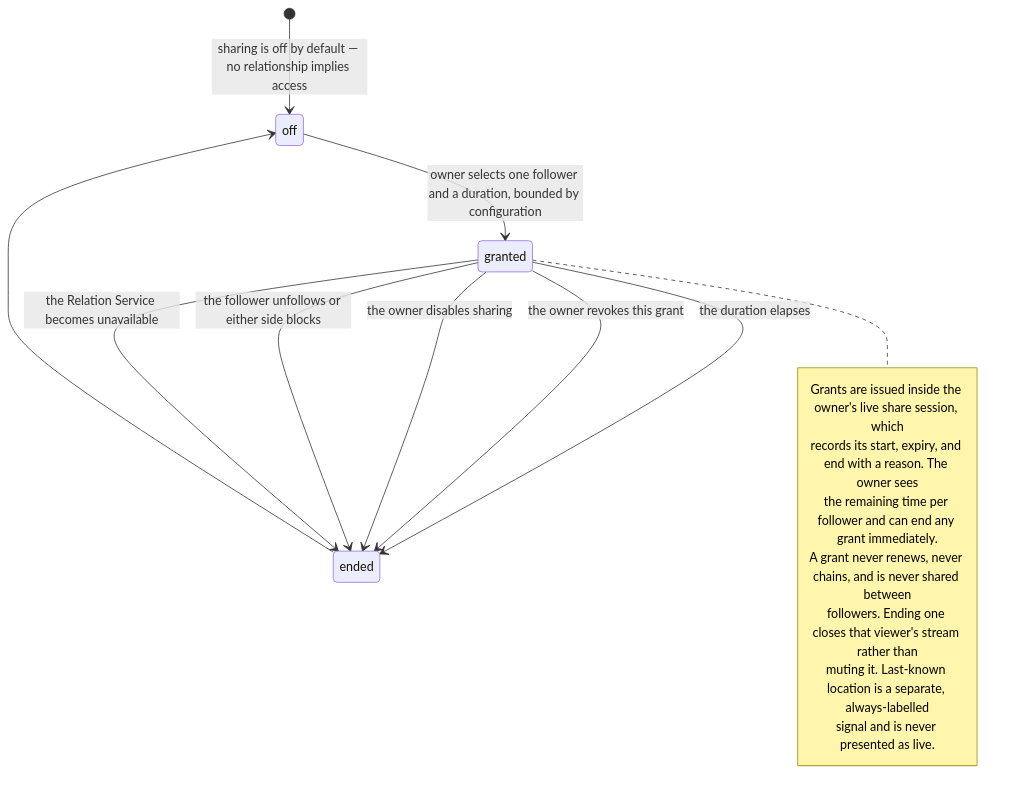
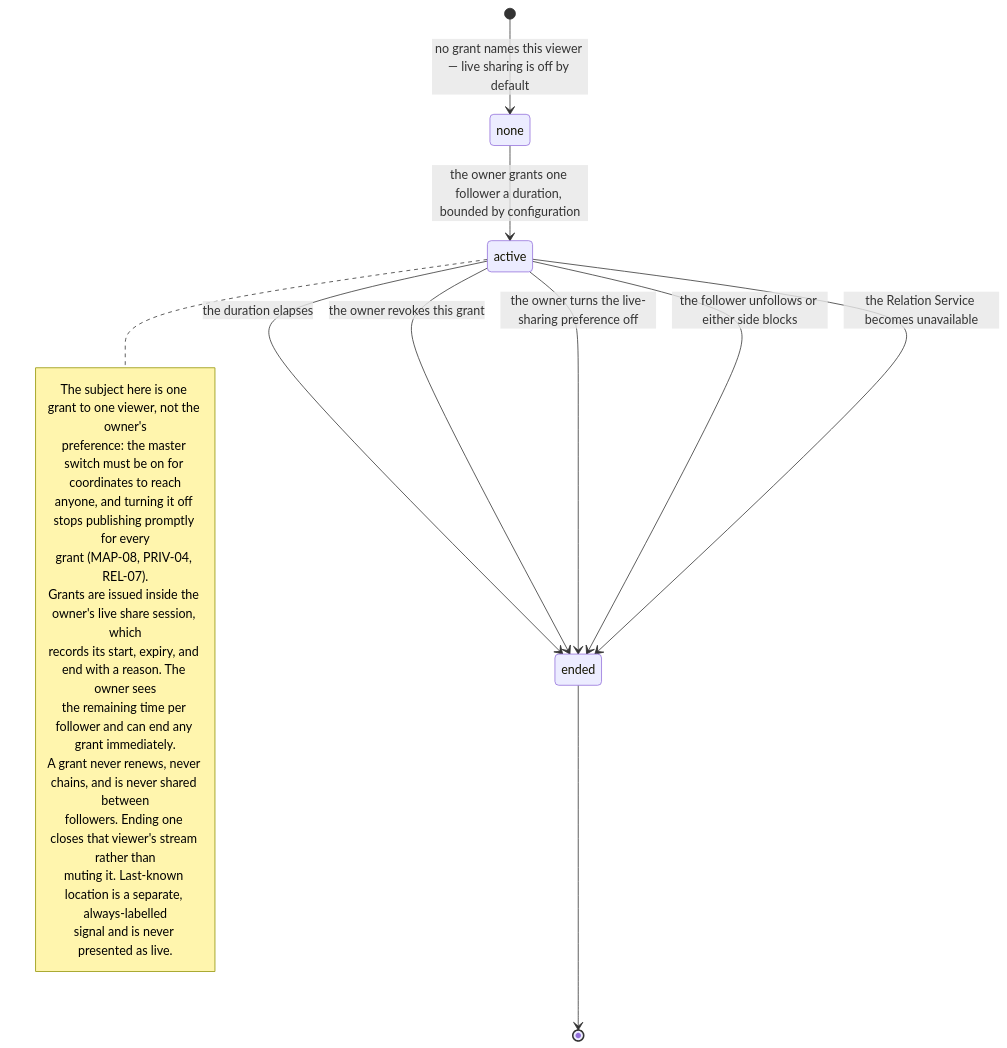
Before and after one commit to komeilm76/boro_biya: the seventh of 16 diagrams in docs/DIAGRAMS.md, drawn with Mermaid. The commit also changed other lines of this file and 8 other files, not shown here.

````diff
--- a/docs/DIAGRAMS.md
+++ b/docs/DIAGRAMS.md
@@ -173,20 +174,24 @@
 ```mermaid
 stateDiagram-v2
-  [*] --> off : sharing is off by default — no relationship implies access
-  off --> granted : owner selects one follower and a duration, bounded by configuration
-  granted --> ended : the duration elapses
-  granted --> ended : the owner revokes this grant
-  granted --> ended : the owner disables sharing
-  granted --> ended : the follower unfollows or either side blocks
-  granted --> ended : the Relation Service becomes unavailable
-  ended --> off
-  note right of granted
+  [*] --> none : no grant names this viewer — live sharing is off by default
+  none --> active : the owner grants one follower a duration, bounded by configuration
+  active --> ended : the duration elapses
+  active --> ended : the owner revokes this grant
+  active --> ended : the owner turns the live-sharing preference off
+  active --> ended : the follower unfollows or either side blocks
+  active --> ended : the Relation Service becomes unavailable
+  ended --> [*]
+  note right of active
+    The subject here is one grant to one viewer, not the owner's
+    preference: the master switch must be on for coordinates to reach
+    anyone, and turning it off stops publishing promptly for every
+    grant (MAP-08, PRIV-04, REL-07).
     Grants are issued inside the owner's live share session, which
     records its start, expiry, and end with a reason. The owner sees
     the remaining time per follower and can end any grant immediately.
     A grant never renews, never chains, and is never shared between
     followers. Ending one closes that viewer's stream rather than
     muting it. Last-known location is a separate, always-labelled
     signal and is never presented as live.
   end note
 ```
````
